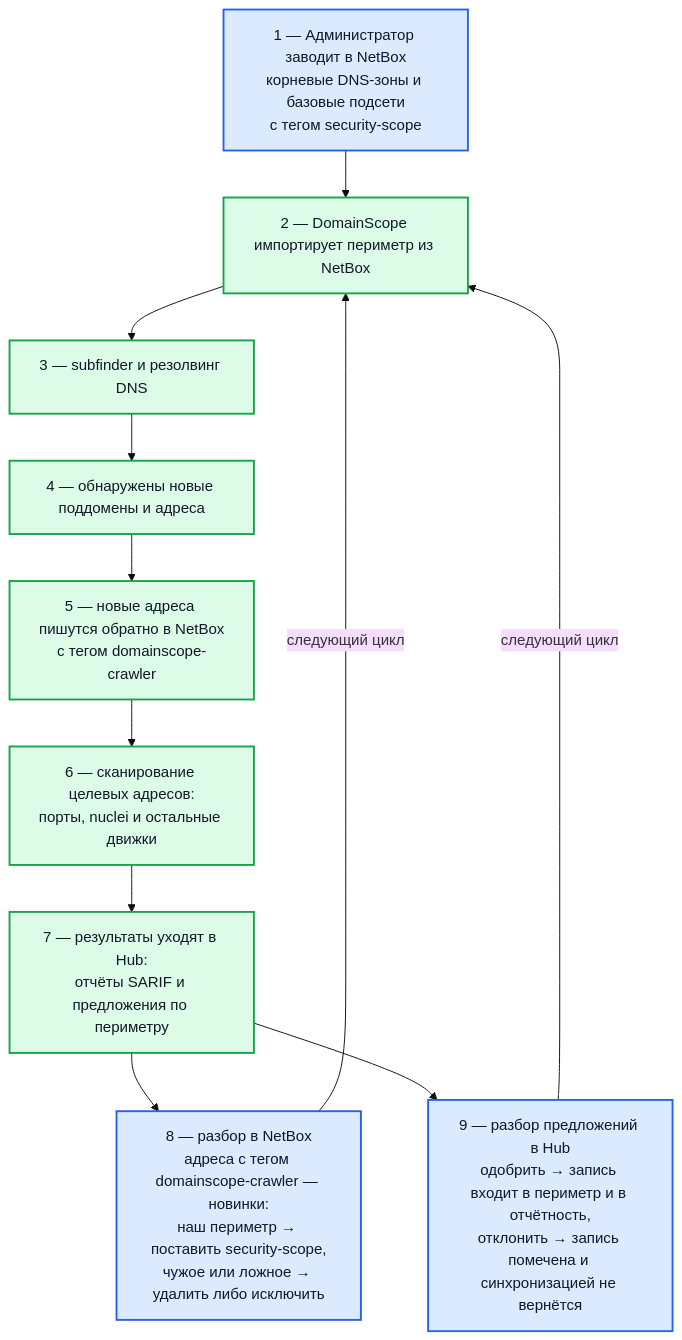
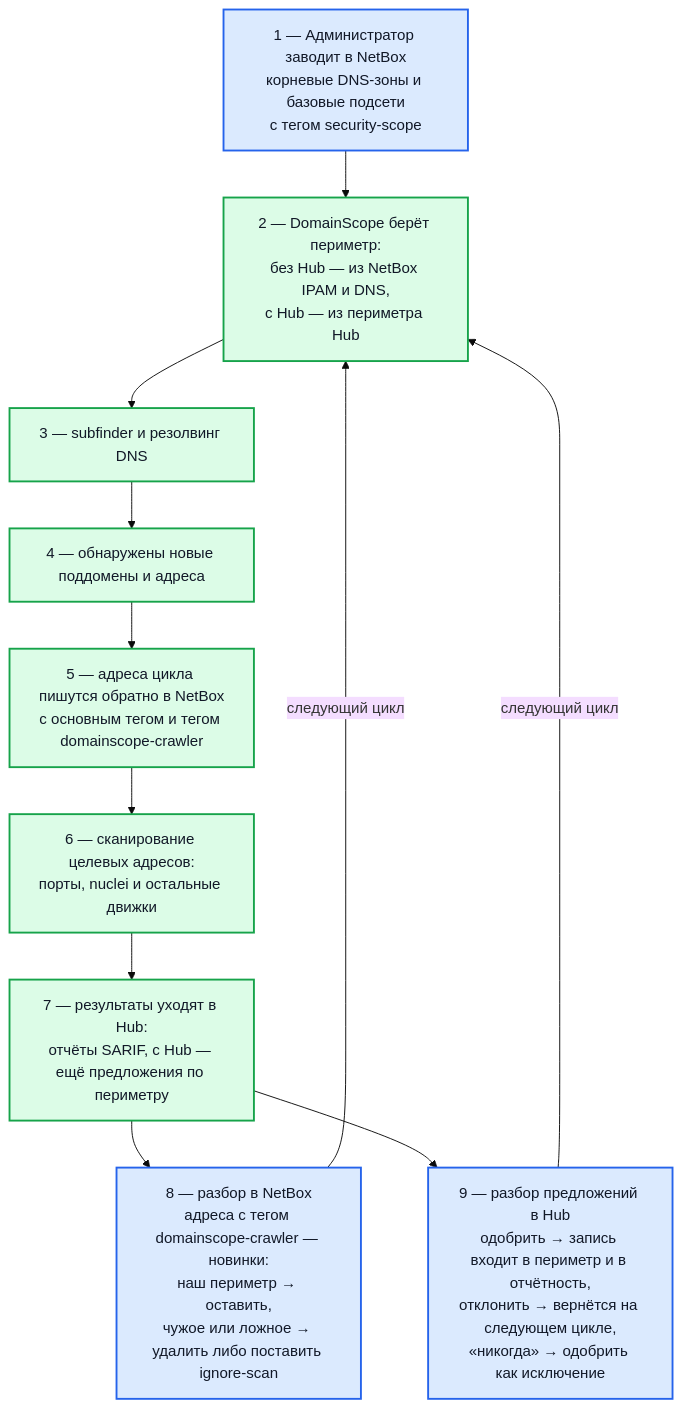
Before and after one commit to s3m4rgl/hub-docs: the diagram in docs/domainscope-netbox.md, drawn with Mermaid (base theme). The commit also changed other lines of this file and 10 other files, not shown here.

First line of the commit message:
docs(domainscope): сверить страницы обнаружения и периметра с кодом

````diff
--- a/docs/domainscope-netbox.md
+++ b/docs/domainscope-netbox.md
@@ -139,24 +158,24 @@
 ```mermaid
 flowchart TD
     A["1 — Администратор заводит в NetBox<br/>корневые DNS-зоны и базовые подсети<br/>с тегом security-scope"]
-    B["2 — DomainScope импортирует периметр из NetBox"]
+    B["2 — DomainScope берёт периметр:<br/>без Hub — из NetBox IPAM и DNS,<br/>с Hub — из периметра Hub"]
     C["3 — subfinder и резолвинг DNS"]
     D["4 — обнаружены новые поддомены и адреса"]
-    E["5 — новые адреса пишутся обратно в NetBox<br/>с тегом domainscope-crawler"]
+    E["5 — адреса цикла пишутся обратно в NetBox<br/>с основным тегом и тегом domainscope-crawler"]
     F["6 — сканирование целевых адресов:<br/>порты, nuclei и остальные движки"]
-    G["7 — результаты уходят в Hub:<br/>отчёты SARIF и предложения по периметру"]
+    G["7 — результаты уходят в Hub:<br/>отчёты SARIF, с Hub — ещё предложения по периметру"]
 
-    H["8 — разбор в NetBox<br/>адреса с тегом domainscope-crawler — новинки:<br/>наш периметр → поставить security-scope,<br/>чужое или ложное → удалить либо исключить"]
-    I["9 — разбор предложений в Hub<br/>одобрить → запись входит в периметр и в отчётность,<br/>отклонить → запись помечена и синхронизацией не вернётся"]
+    H["8 — разбор в NetBox<br/>адреса с тегом domainscope-crawler — новинки:<br/>наш периметр → оставить,<br/>чужое или ложное → удалить либо поставить ignore-scan"]
+    I["9 — разбор предложений в Hub<br/>одобрить → запись входит в периметр и в отчётность,<br/>отклонить → вернётся на следующем цикле,<br/>«никогда» → одобрить как исключение"]
 
     A --> B --> C --> D --> E --> F --> G
     G --> H
     G --> I
     H -->|"следующий цикл"| B
     I -->|"следующий цикл"| B
 
     classDef ops fill:#dbeafe,stroke:#2563eb,stroke-width:2px,color:#111827
     classDef auto fill:#dcfce7,stroke:#16a34a,stroke-width:2px,color:#111827
     class A,H,I ops
     class B,C,D,E,F,G auto
 ```
````
